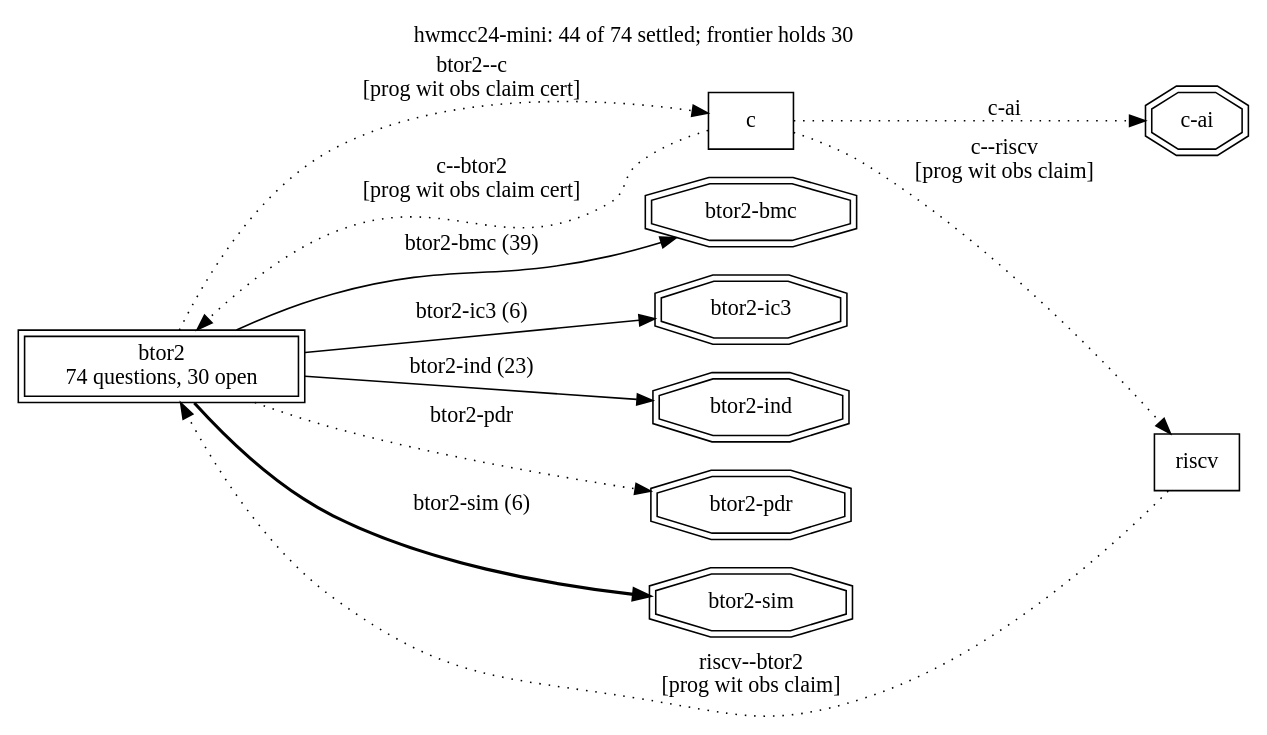
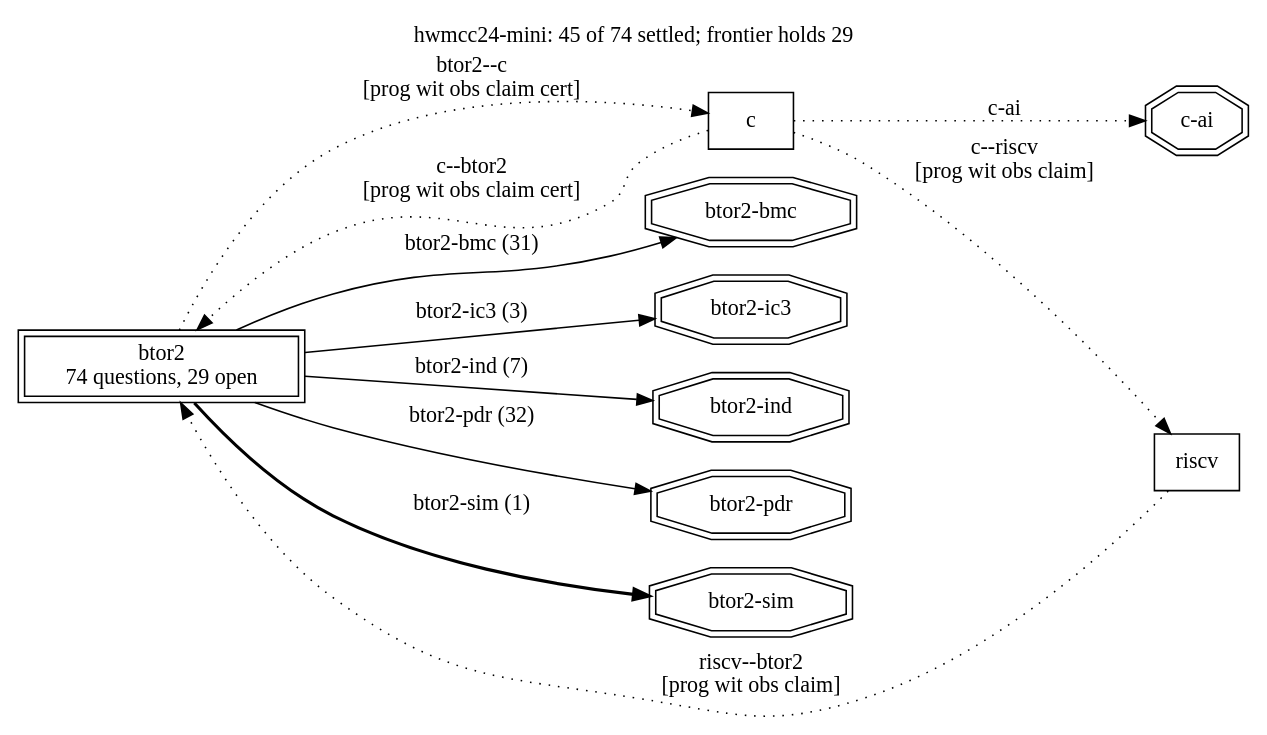
The diagram in runs/hwmcc24-mini/frontier.dot (cksystemsgroup/hurdy-gurdy), drawn with Graphviz before and after one commit. The commit also changed 11 other files, not shown here.

```diff
--- a/runs/hwmcc24-mini/frontier.dot
+++ b/runs/hwmcc24-mini/frontier.dot
@@ -1,24 +1,24 @@
 digraph "hwmcc24-mini" {
   rankdir=LR; labelloc=t;
-  label="hwmcc24-mini: 44 of 74 settled; frontier holds 30";
+  label="hwmcc24-mini: 45 of 74 settled; frontier holds 29";
   node [shape=box];
-  "btor2" [peripheries=2, label="btor2\n74 questions, 30 open"];
+  "btor2" [peripheries=2, label="btor2\n74 questions, 29 open"];
   "c";
   "riscv";
   "btor2" -> "c" [style=dotted, label="btor2--c\n[prog wit obs claim cert]"];
   "c" -> "btor2" [style=dotted, label="c--btor2\n[prog wit obs claim cert]"];
   "c" -> "riscv" [style=dotted, label="c--riscv\n[prog wit obs claim]"];
   "riscv" -> "btor2" [style=dotted, label="riscv--btor2\n[prog wit obs claim]"];
   "search:btor2-bmc" [shape=doubleoctagon, label="btor2-bmc"];
-  "btor2" -> "search:btor2-bmc" [style=solid, label="btor2-bmc (39)"];
+  "btor2" -> "search:btor2-bmc" [style=solid, label="btor2-bmc (31)"];
   "search:btor2-ic3" [shape=doubleoctagon, label="btor2-ic3"];
-  "btor2" -> "search:btor2-ic3" [style=solid, label="btor2-ic3 (6)"];
+  "btor2" -> "search:btor2-ic3" [style=solid, label="btor2-ic3 (3)"];
   "search:btor2-ind" [shape=doubleoctagon, label="btor2-ind"];
-  "btor2" -> "search:btor2-ind" [style=solid, label="btor2-ind (23)"];
+  "btor2" -> "search:btor2-ind" [style=solid, label="btor2-ind (7)"];
   "search:btor2-pdr" [shape=doubleoctagon, label="btor2-pdr"];
-  "btor2" -> "search:btor2-pdr" [style=dotted, label="btor2-pdr"];
+  "btor2" -> "search:btor2-pdr" [style=solid, label="btor2-pdr (32)"];
   "search:btor2-sim" [shape=doubleoctagon, label="btor2-sim"];
-  "btor2" -> "search:btor2-sim" [style=bold, label="btor2-sim (6)"];
+  "btor2" -> "search:btor2-sim" [style=bold, label="btor2-sim (1)"];
   "search:c-ai" [shape=doubleoctagon, label="c-ai"];
   "c" -> "search:c-ai" [style=dotted, label="c-ai"];
 }
```
